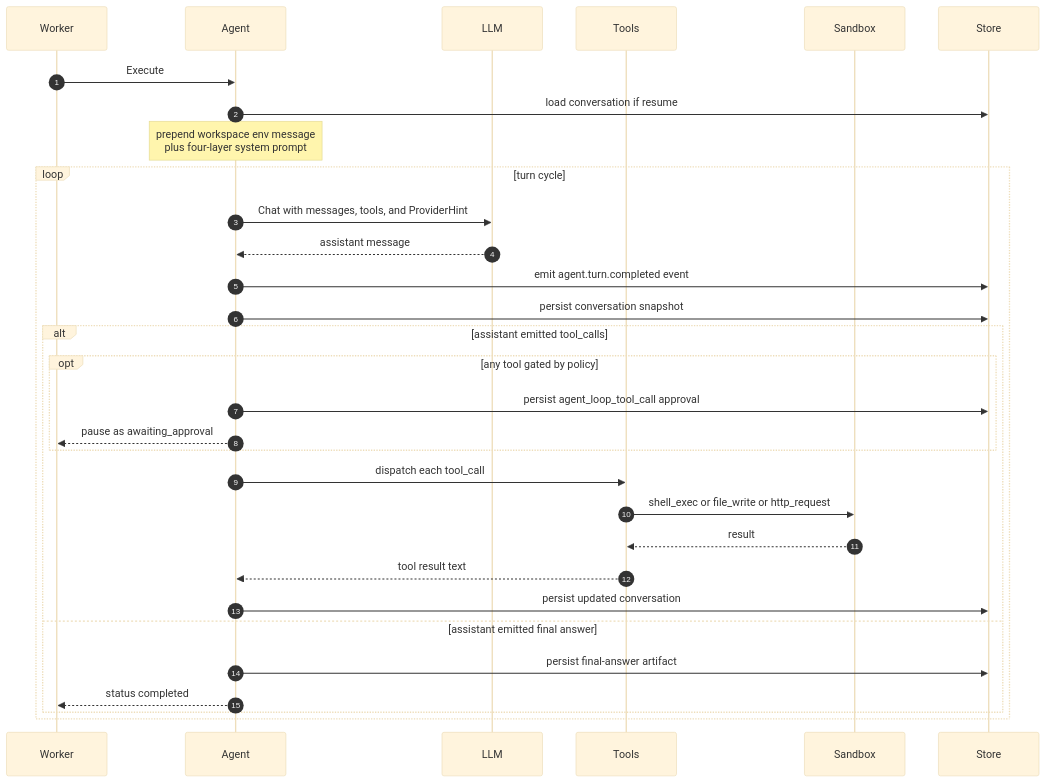
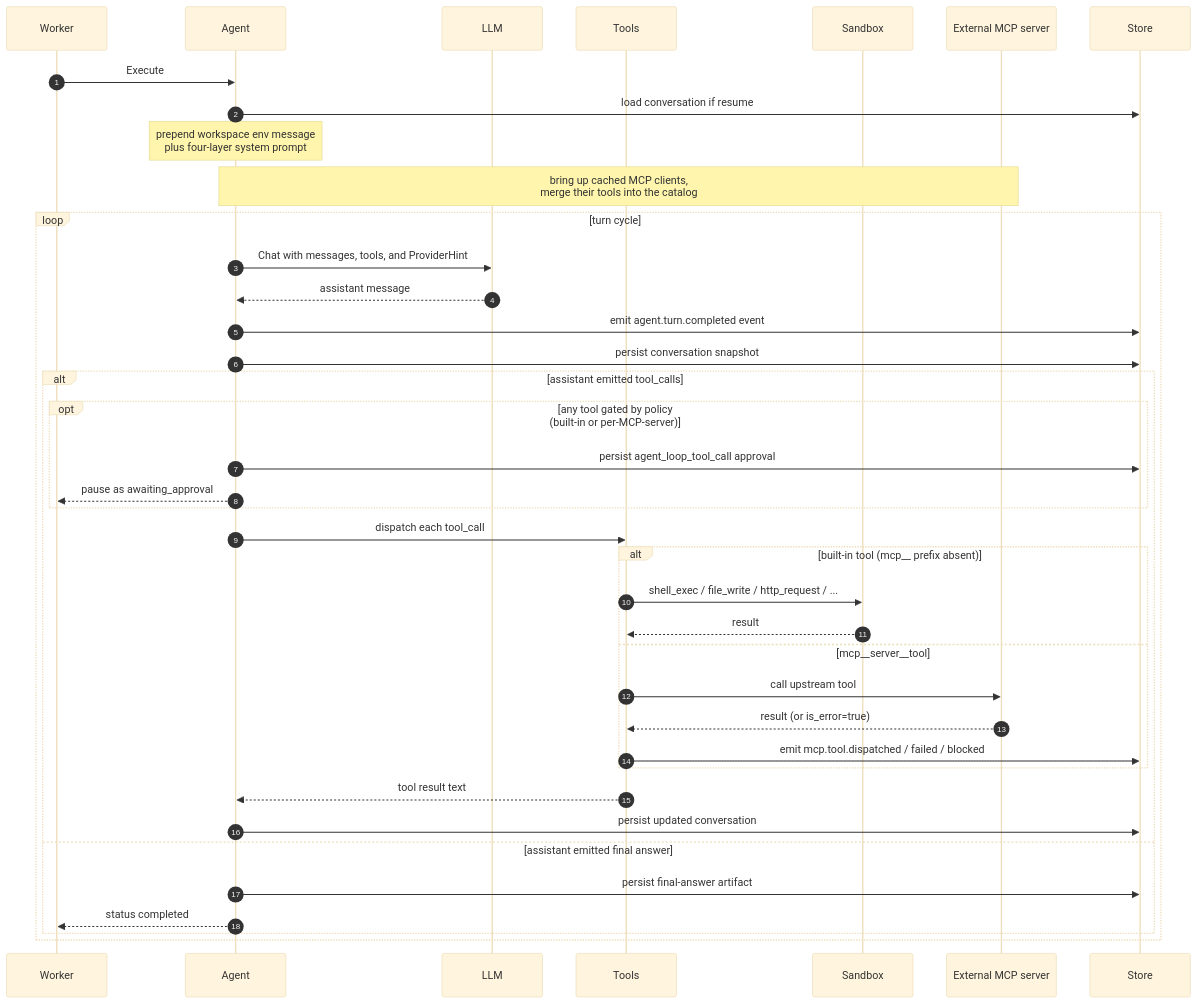
Before and after one commit to chicoxyzzy/hecate: the third of 3 diagrams in docs/architecture.md, drawn with Mermaid (base theme). The commit also changed other lines of this file and 7 other files, not shown here.

Commit message:
docs: add TOCs, canonicalize approval-policy/mcp-servers, update diagrams to show MCP tool dispatch

````diff
--- a/docs/architecture.md
+++ b/docs/architecture.md
@@ -102,33 +114,41 @@
 ```mermaid
 sequenceDiagram
     autonumber
     participant Worker
     participant Agent
     participant LLM
     participant Tools
     participant Sandbox
+    participant MCP as External MCP server
     participant Store
     Worker->>Agent: Execute
     Agent->>Store: load conversation if resume
     Note over Agent: prepend workspace env message<br/>plus four-layer system prompt
+    Note over Agent,MCP: bring up cached MCP clients,<br/>merge their tools into the catalog
     loop turn cycle
         Agent->>LLM: Chat with messages, tools, and ProviderHint
         LLM-->>Agent: assistant message
         Agent->>Store: emit agent.turn.completed event
         Agent->>Store: persist conversation snapshot
         alt assistant emitted tool_calls
-            opt any tool gated by policy
+            opt any tool gated by policy<br/>(built-in or per-MCP-server)
                 Agent->>Store: persist agent_loop_tool_call approval
                 Agent-->>Worker: pause as awaiting_approval
             end
             Agent->>Tools: dispatch each tool_call
-            Tools->>Sandbox: shell_exec or file_write or http_request
-            Sandbox-->>Tools: result
+            alt built-in tool (mcp__ prefix absent)
+                Tools->>Sandbox: shell_exec / file_write / http_request / ...
+                Sandbox-->>Tools: result
+            else mcp__server__tool
+                Tools->>MCP: call upstream tool
+                MCP-->>Tools: result (or is_error=true)
+                Tools->>Store: emit mcp.tool.dispatched / failed / blocked
+            end
             Tools-->>Agent: tool result text
             Agent->>Store: persist updated conversation
         else assistant emitted final answer
             Agent->>Store: persist final-answer artifact
             Agent-->>Worker: status completed
         end
     end
 ```
````
